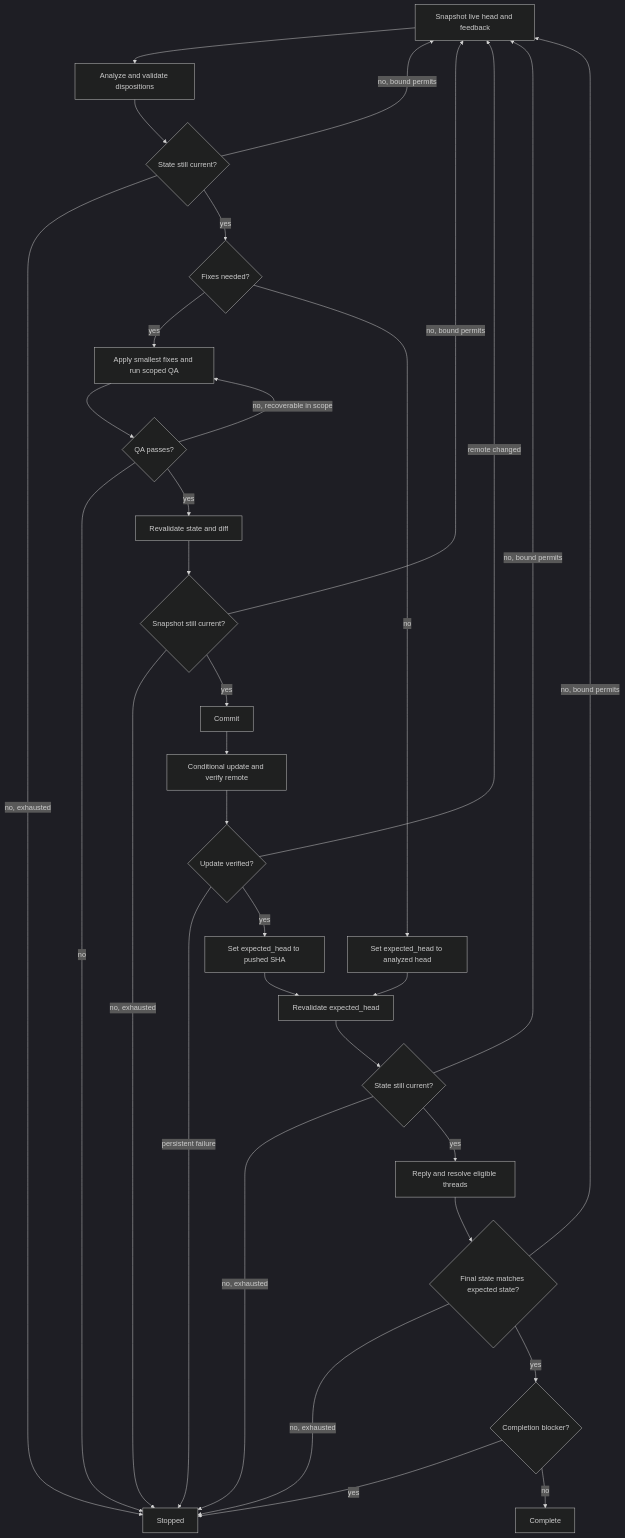
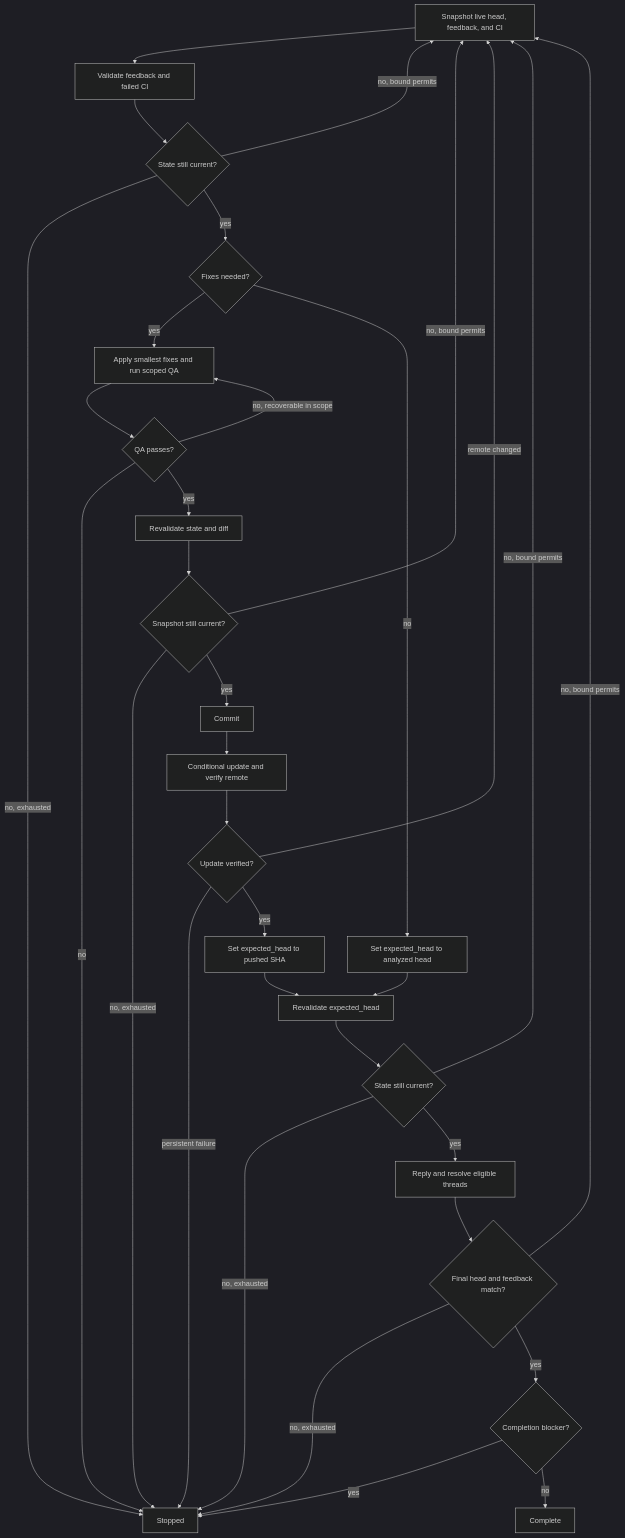
Before and after one commit to dceoy/pr-loop: the diagram in skills/pr-feedback-triage/SKILL.md, drawn with Mermaid (dark theme). The commit also changed other lines of this file and 2 other files, not shown here.

Commit message:
feat: triage current-head CI failures with PR feedback

````diff
--- a/skills/pr-feedback-triage/SKILL.md
+++ b/skills/pr-feedback-triage/SKILL.md
@@ -67,35 +106,35 @@
 ```mermaid
 flowchart TD
-  A[Snapshot live head and feedback] --> B[Analyze and validate dispositions]
+  A[Snapshot live head, feedback, and CI] --> B[Validate feedback and failed CI]
   B --> C{State still current?}
   C -->|no, bound permits| A
   C -->|no, exhausted| X[Stopped]
   C -->|yes| D{Fixes needed?}
   D -->|yes| E[Apply smallest fixes and run scoped QA]
   E --> F{QA passes?}
   F -->|no, recoverable in scope| E
   F -->|no| X
   F -->|yes| G[Revalidate state and diff]
   G --> R{Snapshot still current?}
   R -->|no, bound permits| A
   R -->|no, exhausted| X
   R -->|yes| S[Commit]
   S --> H[Conditional update and verify remote]
   H --> I{Update verified?}
   I -->|remote changed| A
   I -->|persistent failure| X
   I -->|yes| J[Set expected_head to pushed SHA]
   D -->|no| K[Set expected_head to analyzed head]
   J --> L[Revalidate expected_head]
   K --> L
   L --> M{State still current?}
   M -->|no, bound permits| A
   M -->|no, exhausted| X
   M -->|yes| N[Reply and resolve eligible threads]
-  N --> O{Final state matches expected state?}
+  N --> O{Final head and feedback match?}
   O -->|no, bound permits| A
   O -->|no, exhausted| X
   O -->|yes| P{Completion blocker?}
   P -->|yes| X
   P -->|no| Q[Complete]
 ```
````
